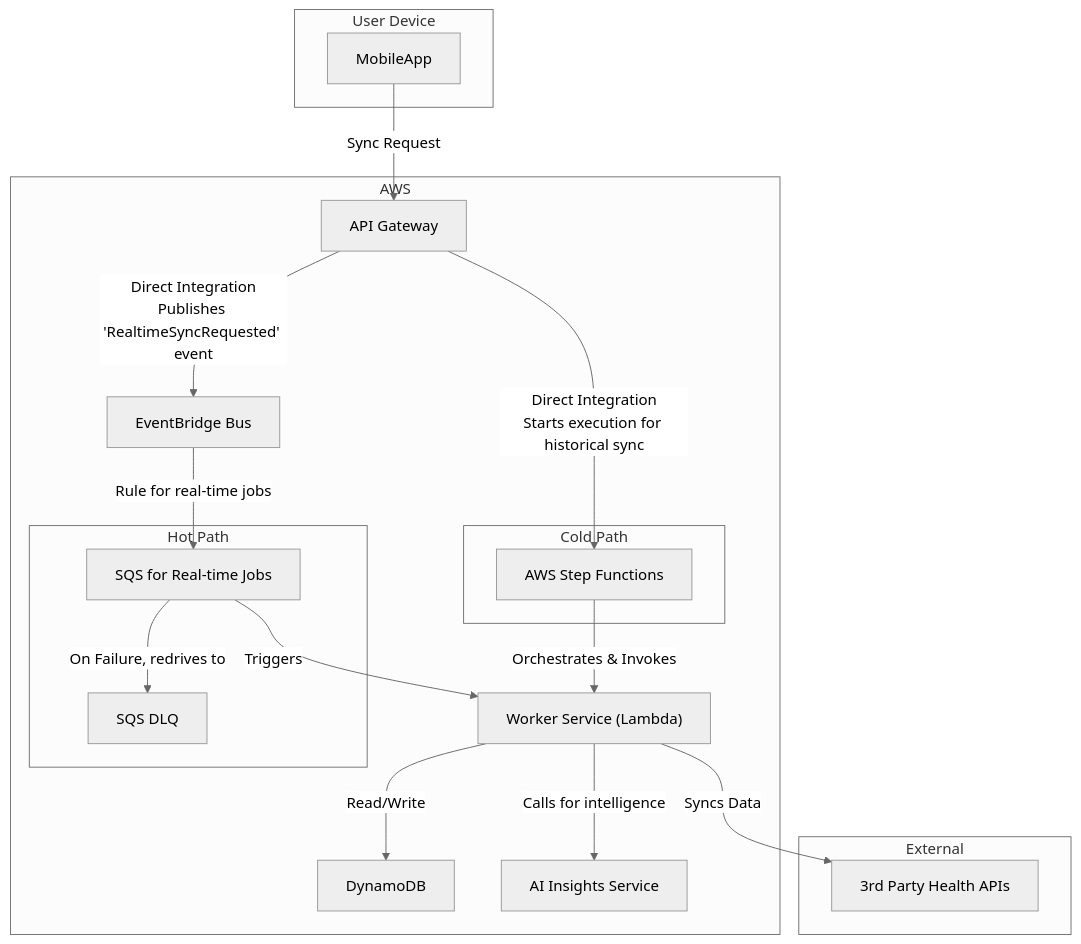
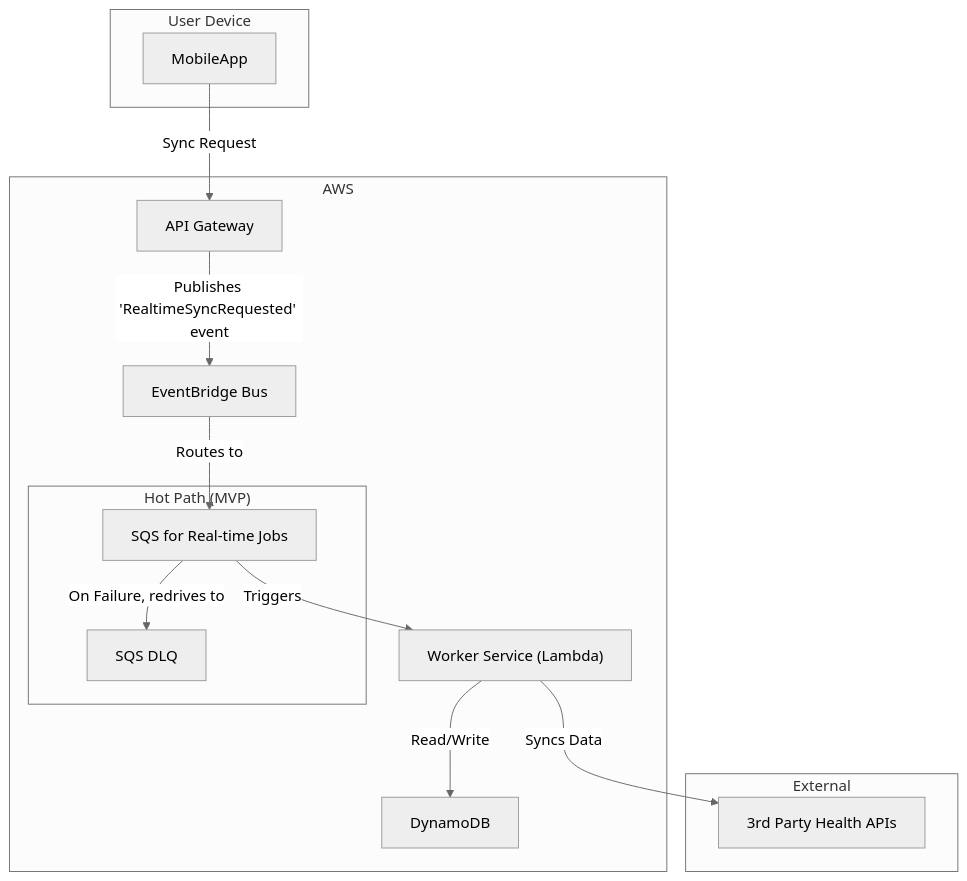
Before and after one commit to dino10bit/healthsync: the first of 3 diagrams in 05-data-sync.md, drawn with Mermaid (neutral theme). The commit also changed other lines of this file and 8 other files, not shown here.

````diff
--- a/05-data-sync.md
+++ b/05-data-sync.md
@@ -143,40 +89,31 @@
 ```mermaid
 graph TD
     subgraph User Device
         MobileApp
     end
     subgraph AWS
         APIGateway[API Gateway]
         EventBridge[EventBridge Bus]
 
-        subgraph "Hot Path"
+        subgraph "Hot Path (MVP)"
             HotQueue[SQS for Real-time Jobs]
             DLQ_SQS[SQS DLQ]
         end
 
-        subgraph "Cold Path"
-            HistoricalOrchestrator[AWS Step Functions]
-        end
-
         WorkerLambda["Worker Service (Lambda)"]
         DynamoDB[DynamoDB]
-        AI_Service[AI Insights Service]
     end
     subgraph External
         ThirdPartyAPIs[3rd Party Health APIs]
     end
 
     MobileApp -- Sync Request --> APIGateway
 
-    APIGateway -- "Direct Integration<br>Publishes 'RealtimeSyncRequested' event" --> EventBridge
-    EventBridge -- "Rule for real-time jobs" --> HotQueue
+    APIGateway -- "Publishes 'RealtimeSyncRequested' event" --> EventBridge
+    EventBridge -- "Routes to" --> HotQueue
     HotQueue -- Triggers --> WorkerLambda
     HotQueue -- "On Failure, redrives to" --> DLQ_SQS
 
-    APIGateway -- "Direct Integration<br>Starts execution for historical sync" --> HistoricalOrchestrator
-    HistoricalOrchestrator -- Orchestrates & Invokes --> WorkerLambda
-
     WorkerLambda -- Read/Write --> DynamoDB
     WorkerLambda -- Syncs Data --> ThirdPartyAPIs
-    WorkerLambda -- Calls for intelligence --> AI_Service
 ```
````
